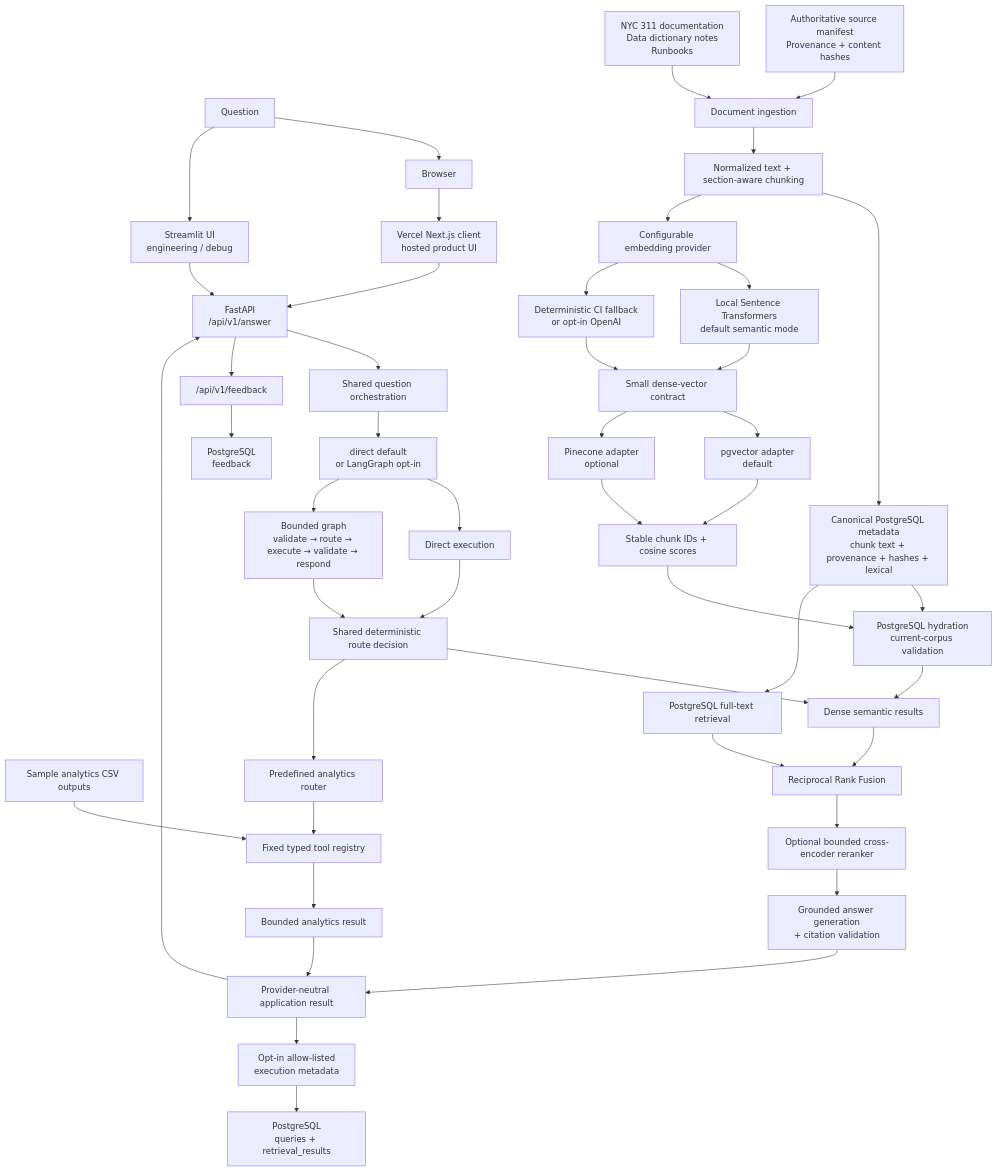
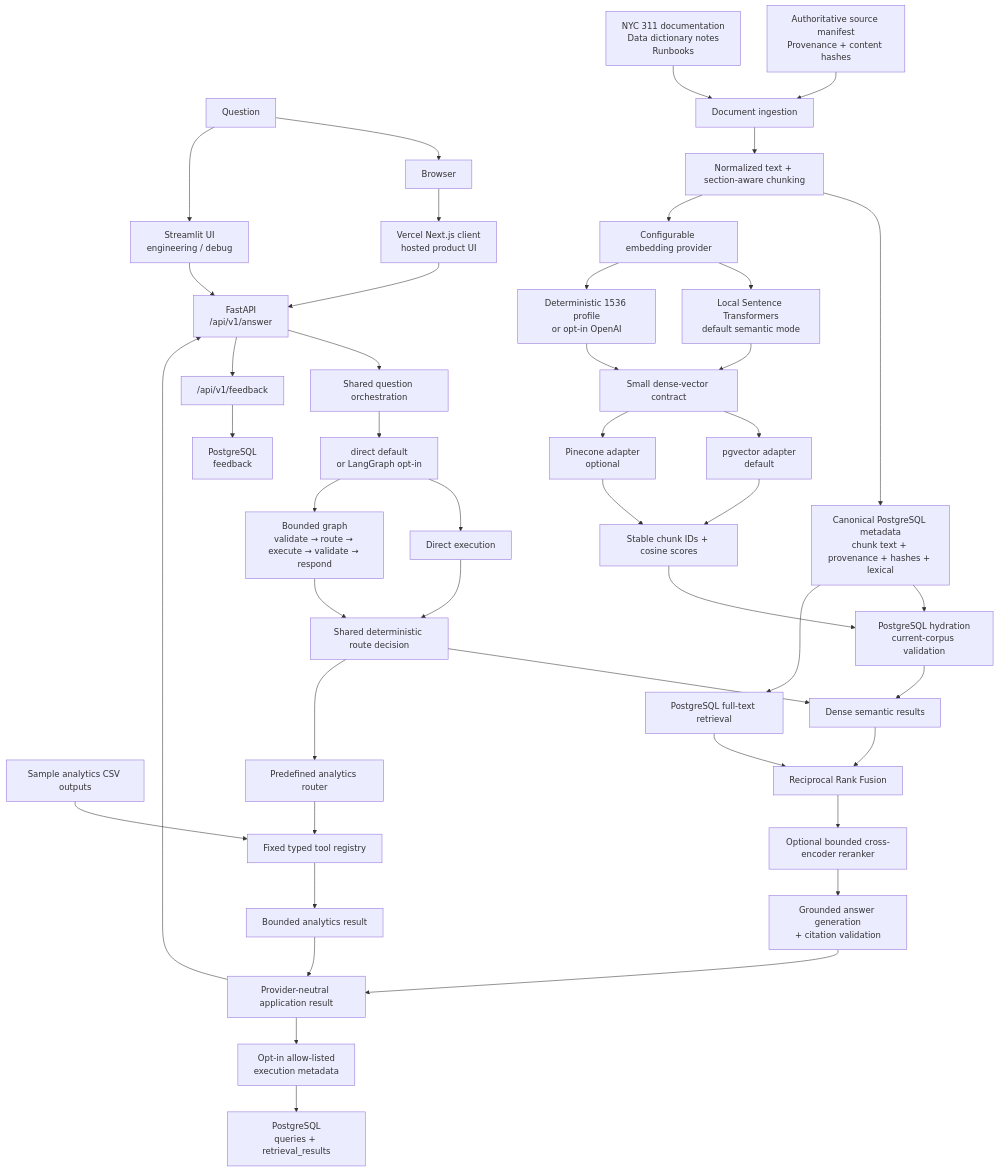
The diagram in docs/architecture.md (rihua-tech/civiclens-rag-nyc311), drawn with Mermaid before and after one commit. The commit also changed other lines of this file and 5 other files, not shown here.

````diff
--- a/docs/architecture.md
+++ b/docs/architecture.md
@@ -3,53 +3,53 @@
 ```mermaid
 flowchart TD
     question["Question"]
     docs["NYC 311 documentation<br/>Data dictionary notes<br/>Runbooks"]
     manifest["Authoritative source manifest<br/>Provenance + content hashes"]
     samples["Sample analytics CSV outputs"]
 
     manifest --> ingestion
     docs --> ingestion["Document ingestion"]
     ingestion --> chunking["Normalized text + section-aware chunking"]
     chunking --> postgres["Canonical PostgreSQL metadata<br/>chunk text + provenance + hashes + lexical"]
     chunking --> provider["Configurable embedding provider"]
     provider --> semantic["Local Sentence Transformers<br/>default semantic mode"]
-    provider --> fallback["Deterministic CI fallback<br/>or opt-in OpenAI"]
+    provider --> fallback["Deterministic 1536 profile<br/>or opt-in OpenAI"]
     semantic --> vectorContract["Small dense-vector contract"]
     fallback --> vectorContract
     vectorContract --> pgvector["pgvector adapter<br/>default"]
     vectorContract --> pinecone["Pinecone adapter<br/>optional"]
     pgvector --> vectorMatches["Stable chunk IDs + cosine scores"]
     pinecone --> vectorMatches
     vectorMatches --> hydration["PostgreSQL hydration<br/>current-corpus validation"]
     postgres --> hydration
     hydration --> dense["Dense semantic results"]
     postgres --> lexical["PostgreSQL full-text retrieval"]
     dense --> rrf["Reciprocal Rank Fusion"]
     lexical --> rrf
     rrf --> reranker["Optional bounded cross-encoder reranker"]
     reranker --> answer["Grounded answer generation<br/>+ citation validation"]
 
     question --> browser["Browser"]
     browser --> nextjs["Vercel Next.js client<br/>hosted product UI"]
     nextjs --> api
     question --> ui["Streamlit UI<br/>engineering / debug"]
     ui --> api["FastAPI<br/>/api/v1/answer"]
     api --> orchestrator["Shared question orchestration"]
     orchestrator --> mode["direct default<br/>or LangGraph opt-in"]
     mode --> direct["Direct execution"]
     mode --> boundedGraph["Bounded graph<br/>validate → route → execute → validate → respond"]
     direct --> routeDecision["Shared deterministic route decision"]
     boundedGraph --> routeDecision
     routeDecision --> dense
     routeDecision --> analyticsRouter["Predefined analytics router"]
     analyticsRouter --> analyticsRegistry["Fixed typed tool registry"]
     samples --> analyticsRegistry
     analyticsRegistry --> analyticsAnswer["Bounded analytics result"]
     answer --> result["Provider-neutral application result"]
     analyticsAnswer --> result
     result --> api
     result --> observation["Opt-in allow-listed<br/>execution metadata"]
     observation --> postgresLogs["PostgreSQL<br/>queries + retrieval_results"]
     api --> feedback["/api/v1/feedback"]
     feedback --> postgresFeedback["PostgreSQL<br/>feedback"]
 ```
````
